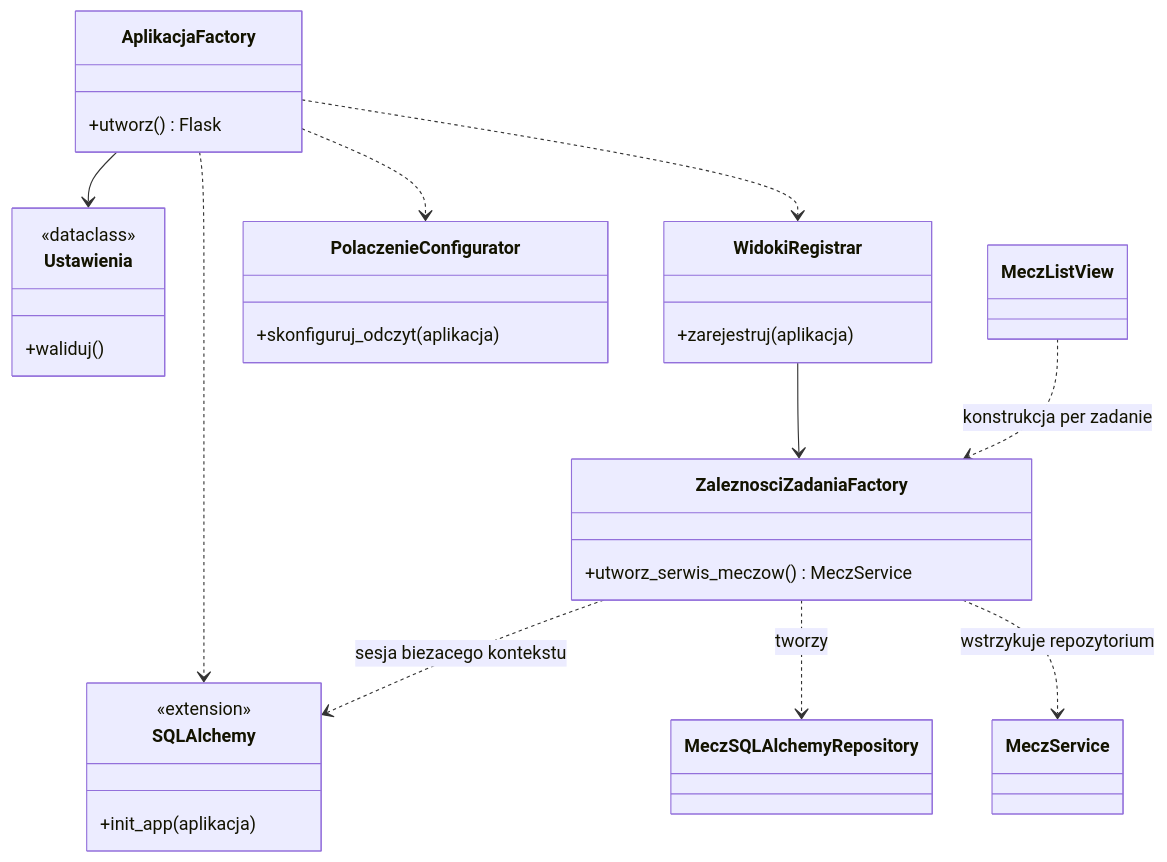
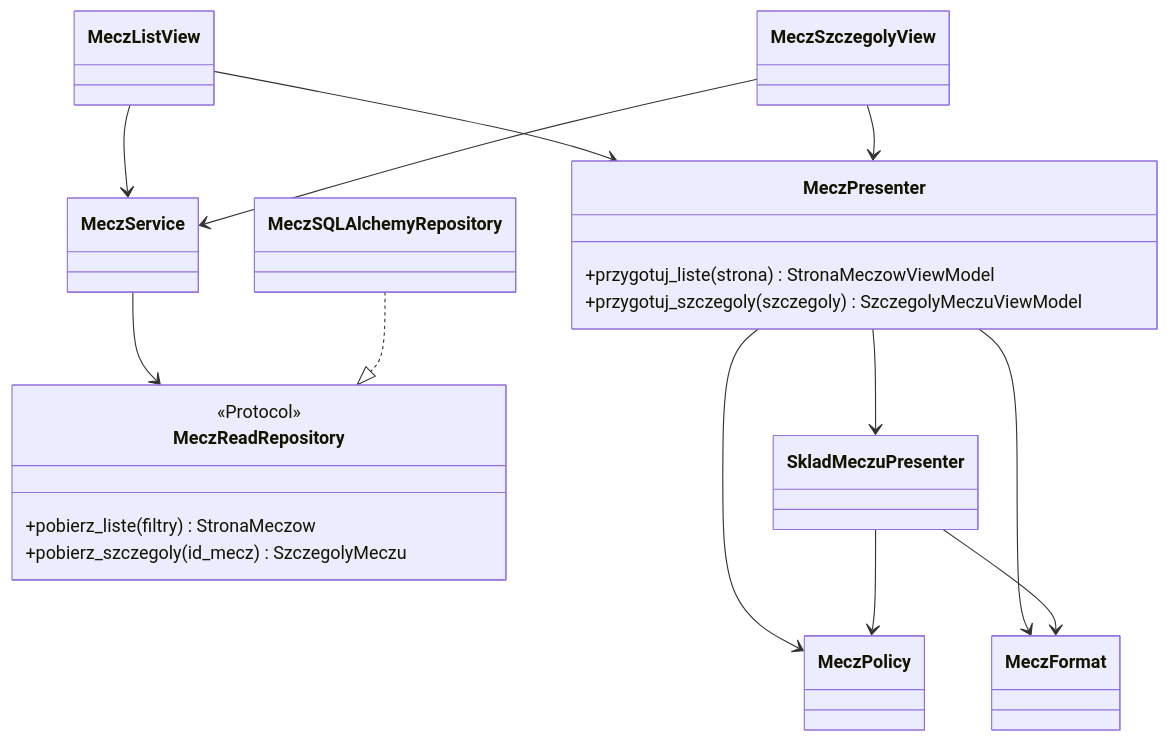
Before and after one commit to michkaminski/handaball_datascience: the first of 3 diagrams in docs/UML.md, drawn with Mermaid. The commit also changed other lines of this file and 32 other files, not shown here.

````diff
--- a/docs/UML.md
+++ b/docs/UML.md
@@ -118,35 +7,30 @@
 ```mermaid
 classDiagram
-    class Ustawienia {
-        <<dataclass>>
-        +waliduj()
+    class MeczReadRepository {
+        <<Protocol>>
+        +pobierz_liste(filtry) StronaMeczow
+        +pobierz_szczegoly(id_mecz) SzczegolyMeczu
     }
-    class AplikacjaFactory {
-        +utworz() Flask
+    class MeczSQLAlchemyRepository
+    class MeczService
+    class MeczListView
+    class MeczSzczegolyView
+    class MeczPresenter {
+        +przygotuj_liste(strona) StronaMeczowViewModel
+        +przygotuj_szczegoly(szczegoly) SzczegolyMeczuViewModel
     }
-    class WidokiRegistrar {
-        +zarejestruj(aplikacja)
-    }
-    class ZaleznosciZadaniaFactory {
-        +utworz_serwis_meczow() MeczService
-    }
-    class PolaczenieConfigurator {
-        +skonfiguruj_odczyt(aplikacja)
-    }
-    class SQLAlchemy {
-        <<extension>>
-        +init_app(aplikacja)
-    }
-    class MeczService
-    class MeczSQLAlchemyRepository
-    class MeczListView
-    AplikacjaFactory --> Ustawienia
-    AplikacjaFactory ..> SQLAlchemy
-    AplikacjaFactory ..> PolaczenieConfigurator
-    AplikacjaFactory ..> WidokiRegistrar
-    WidokiRegistrar --> ZaleznosciZadaniaFactory
-    MeczListView ..> ZaleznosciZadaniaFactory : konstrukcja per zadanie
-    ZaleznosciZadaniaFactory ..> SQLAlchemy : sesja biezacego kontekstu
-    ZaleznosciZadaniaFactory ..> MeczSQLAlchemyRepository : tworzy
-    ZaleznosciZadaniaFactory ..> MeczService : wstrzykuje repozytorium
+    class SkladMeczuPresenter
+    class MeczFormat
+    class MeczPolicy
+    MeczListView --> MeczService
+    MeczSzczegolyView --> MeczService
+    MeczService --> MeczReadRepository
+    MeczSQLAlchemyRepository ..|> MeczReadRepository
+    MeczListView --> MeczPresenter
+    MeczSzczegolyView --> MeczPresenter
+    MeczPresenter --> MeczPolicy
+    MeczPresenter --> MeczFormat
+    MeczPresenter --> SkladMeczuPresenter
+    SkladMeczuPresenter --> MeczPolicy
+    SkladMeczuPresenter --> MeczFormat
 ```
````
